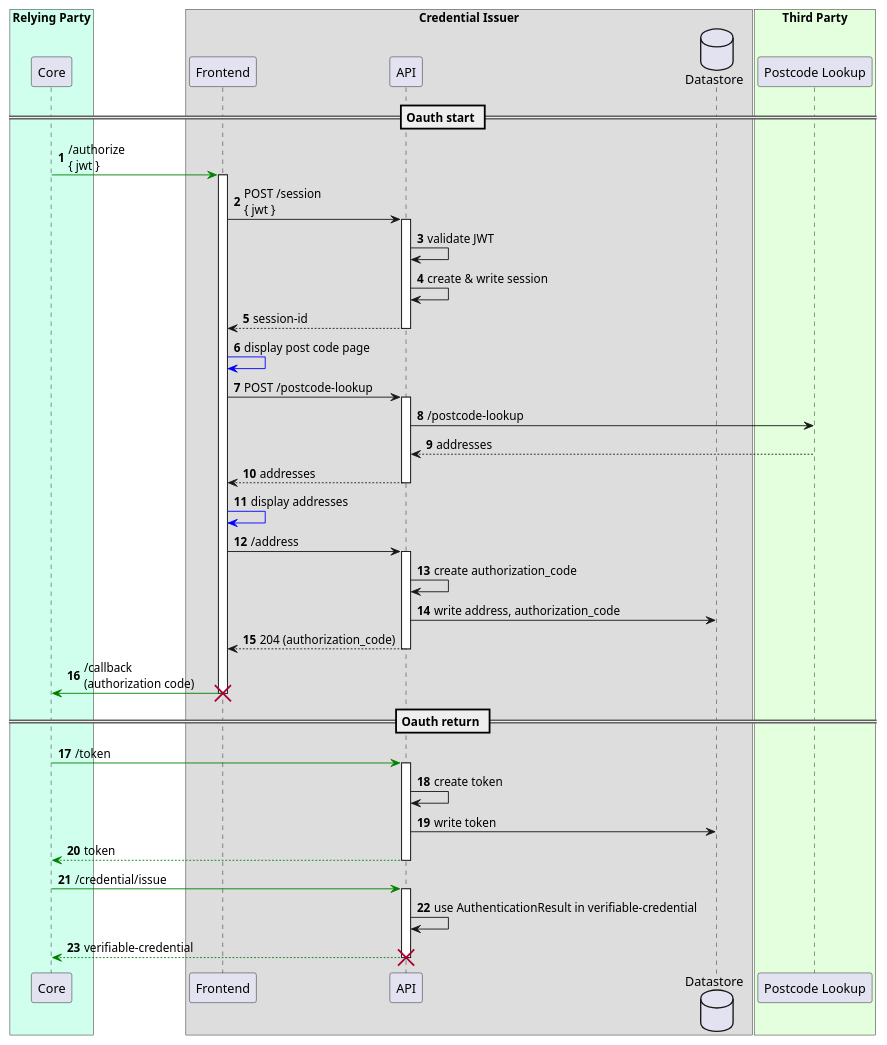
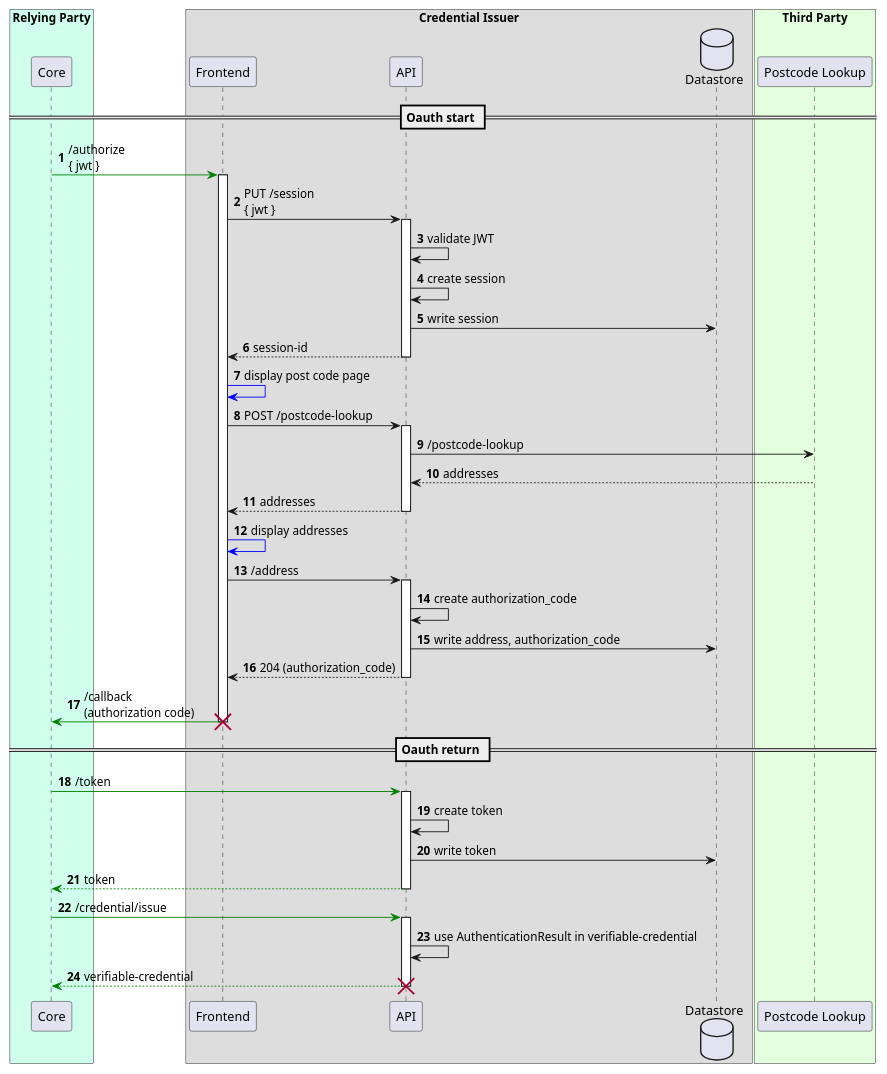
The diagram in doc/api.puml (govuk-one-login/ipv-cri-address-api), drawn with PlantUML before and after one commit.

Commit message:
Indicate correct http method in /session api call

```diff
--- a/doc/api.puml
+++ b/doc/api.puml
@@ -1,68 +1,69 @@
 @startuml
 'https://plantuml.com/sequence-diagram
 
 autonumber
 skinparam backgroundColor #ffffff
 
 'actor User
 box "Relying Party" #d0ffee
 participant Core as core
 end box
 
 box "Credential Issuer"
 participant Frontend as fe
 participant API as api
 database Datastore as db
 
 box "Third Party" #e4ffde
 participant "Postcode Lookup" as pcl
 end box
 == Oauth start ==
 
 core -[#green]> fe : /authorize\n{ jwt }
 activate fe
 
-fe -> api: POST /session\n{ jwt }
+fe -> api: PUT /session\n{ jwt }
 activate api
 api -> api: validate JWT
-api -> api: create & write session
+api -> api: create session
+api -> db: write session
 return session-id
 
 
 
 fe-[#blue]>fe: display post code page
 
 fe -> api: POST /postcode-lookup
 activate api
 api->pcl: /postcode-lookup
 api<--pcl: addresses
 return addresses
 
 fe-[#blue]>fe: display addresses
 
 fe->api: /address
 activate api
 
 api -> api: create authorization_code
 api -> db: write address, authorization_code
 return 204 (authorization_code)
 
 core <[#green]- fe: /callback\n(authorization code)
 destroy fe
 == Oauth return ==
 
 
 
 core -[#green]> api: /token
 activate api
 api -> api: create token
 api -> db: write token
 return token
 core -[#green]> api: /credential/issue
 activate api
 api -> api: use AuthenticationResult in verifiable-credential
 return verifiable-credential
 
 
 destroy api
 @enduml
```
